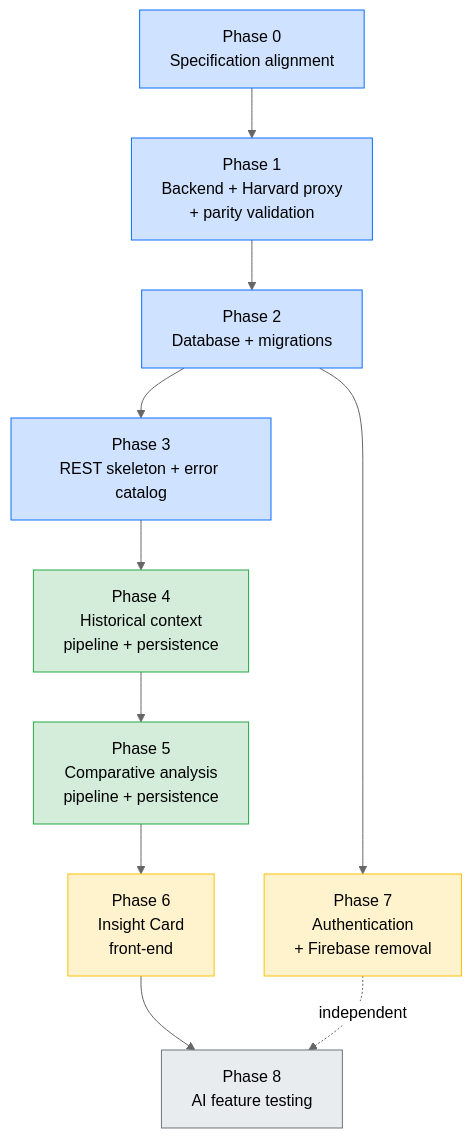
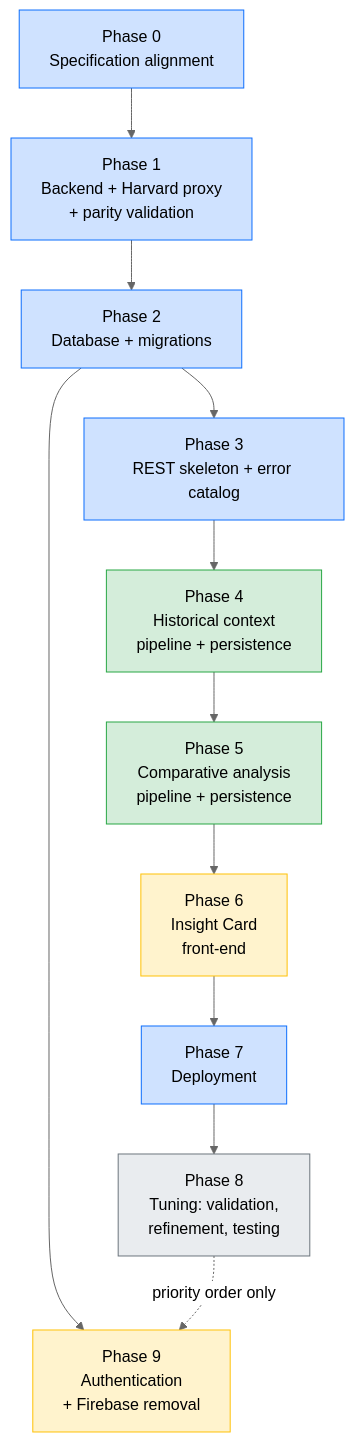
The diagram in documentation/specs/99-implementation-plan.md (Jeferson-Filho/Art-Archive-Front-AI), drawn with Mermaid (neutral theme) before and after one commit. The commit also changed other lines of this file and 1 other file, not shown here.

First line of the commit message:
📚 docs(specs): close Phase 0 and restructure the phases after Phase 6

````diff
--- a/documentation/specs/99-implementation-plan.md
+++ b/documentation/specs/99-implementation-plan.md
@@ -79,22 +88,23 @@
 ```mermaid
 flowchart TD
     P0["Phase 0<br/>Specification alignment"] --> P1["Phase 1<br/>Backend + Harvard proxy<br/>+ parity validation"]
     P1 --> P2["Phase 2<br/>Database + migrations"]
     P2 --> P3["Phase 3<br/>REST skeleton + error catalog"]
     P3 --> P4["Phase 4<br/>Historical context<br/>pipeline + persistence"]
     P4 --> P5["Phase 5<br/>Comparative analysis<br/>pipeline + persistence"]
     P5 --> P6["Phase 6<br/>Insight Card<br/>front-end"]
-    P2 --> P7["Phase 7<br/>Authentication<br/>+ Firebase removal"]
-    P6 --> P8["Phase 8<br/>AI feature testing"]
-    P7 -.->|"independent"| P8
+    P6 --> P7["Phase 7<br/>Deployment"]
+    P7 --> P8["Phase 8<br/>Tuning: validation,<br/>refinement, testing"]
+    P2 --> P9["Phase 9<br/>Authentication<br/>+ Firebase removal"]
+    P8 -.->|"priority order only"| P9
 
     classDef infra fill:#cfe2ff,stroke:#0d6efd,color:#000;
     classDef ai fill:#d4edda,stroke:#28a745,color:#000;
     classDef fe fill:#fff3cd,stroke:#ffc107,color:#000;
     classDef val fill:#e9ecef,stroke:#6c757d,color:#000;
 
-    class P0,P1,P2,P3 infra;
+    class P0,P1,P2,P3,P7 infra;
     class P4,P5 ai;
-    class P6,P7 fe;
+    class P6,P9 fe;
     class P8 val;
 ```
````
